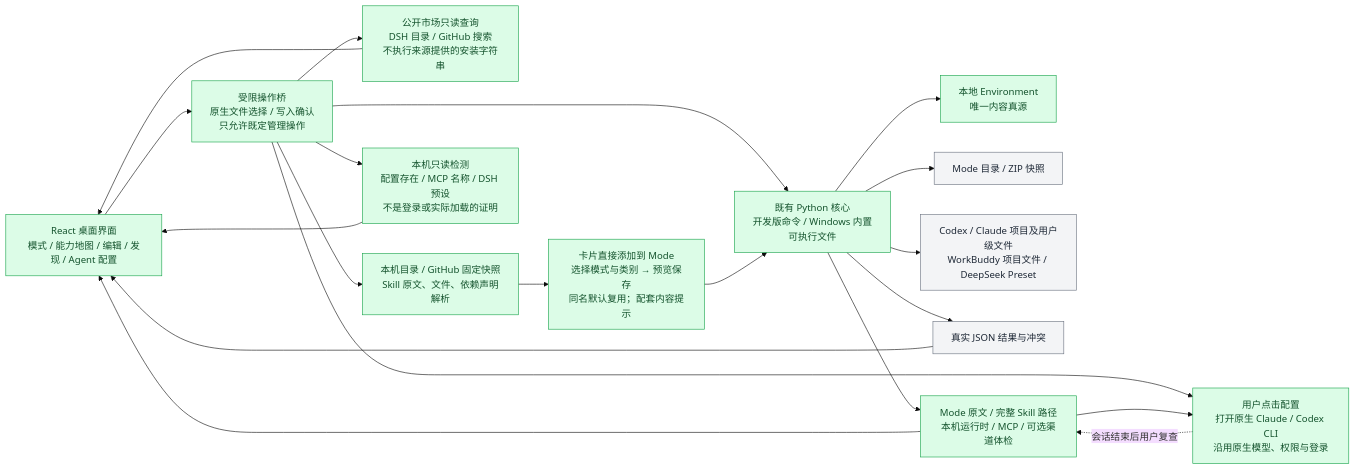
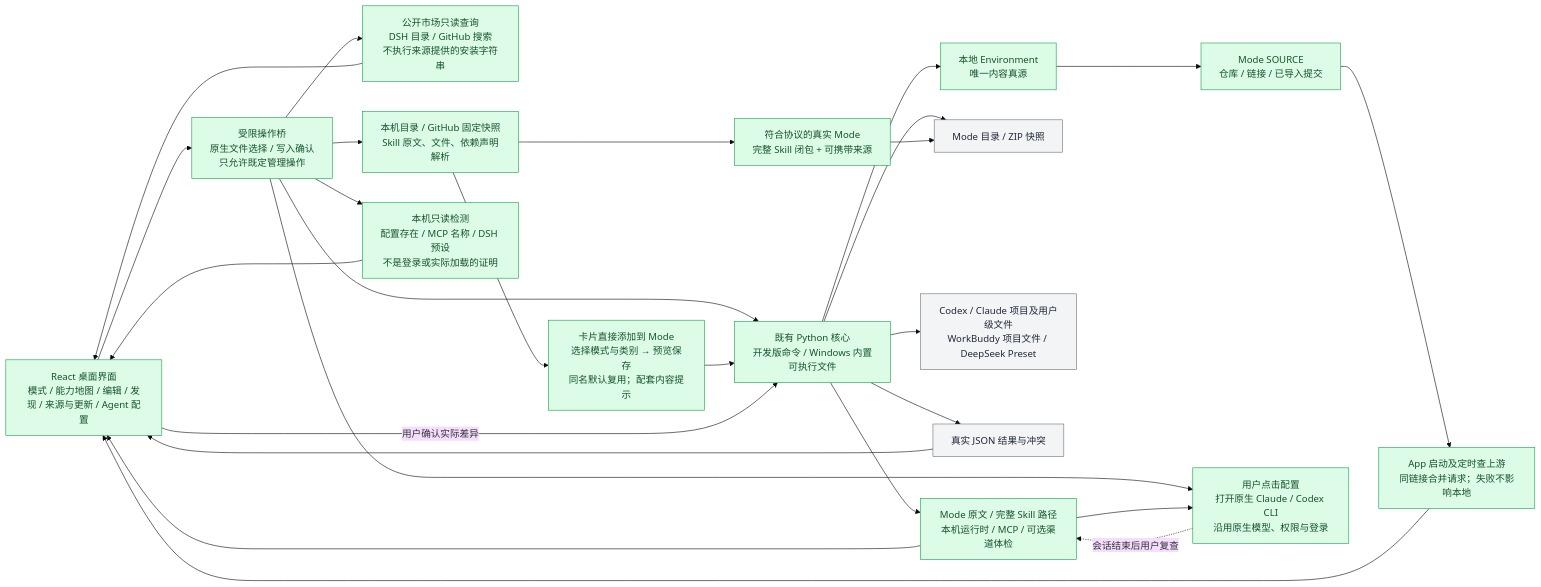
The seventh of 20 diagrams in docs/asl-architecture-views.md (qihangzhang-272/asl-harness), drawn with Mermaid (base theme) before and after one commit. The commit also changed other lines of this file and 11 other files, not shown here.

````diff
--- a/docs/asl-architecture-views.md
+++ b/docs/asl-architecture-views.md
@@ -610,26 +624,32 @@
 ```mermaid
 flowchart LR
-    UI["React 桌面界面<br/>模式 / 能力地图 / 编辑 / 发现 / Agent 配置"] --> IPC["受限操作桥<br/>原生文件选择 / 写入确认<br/>只允许既定管理操作"]
+    UI["React 桌面界面<br/>模式 / 能力地图 / 编辑 / 发现 / 来源与更新 / Agent 配置"] --> IPC["受限操作桥<br/>原生文件选择 / 写入确认<br/>只允许既定管理操作"]
     IPC --> CORE["既有 Python 核心<br/>开发版命令 / Windows 内置可执行文件"]
     CORE --> ENV["本地 Environment<br/>唯一内容真源"]
     CORE --> PACK["Mode 目录 / ZIP 快照"]
     CORE --> HOST["Codex / Claude 项目及用户级文件<br/>WorkBuddy 项目文件 / DeepSeek Preset"]
     CORE --> RESULT["真实 JSON 结果与冲突"]
     IPC --> MARKET["公开市场只读查询<br/>DSH 目录 / GitHub 搜索<br/>不执行来源提供的安装字符串"]
     IPC --> SCAN["本机目录 / GitHub 固定快照<br/>Skill 原文、文件、依赖声明解析"]
     SCAN --> CHOICE["卡片直接添加到 Mode<br/>选择模式与类别 → 预览保存<br/>同名默认复用；配套内容提示"]
     CHOICE --> CORE
+    SCAN --> REMOTE["符合协议的真实 Mode<br/>完整 Skill 闭包 + 可携带来源"]
+    REMOTE --> PACK
+    ENV --> ORIGIN["Mode SOURCE<br/>仓库 / 链接 / 已导入提交"]
+    ORIGIN --> POLL["App 启动及定时查上游<br/>同链接合并请求；失败不影响本地"]
+    POLL --> UI
+    UI -->|用户确认实际差异| CORE
     IPC --> NATIVE["本机只读检测<br/>配置存在 / MCP 名称 / DSH 预设<br/>不是登录或实际加载的证明"]
     CORE --> CHECK["Mode 原文 / 完整 Skill 路径<br/>本机运行时 / MCP / 可选渠道体检"]
     IPC --> ASSIST["用户点击配置<br/>打开原生 Claude / Codex CLI<br/>沿用原生模型、权限与登录"]
     CHECK --> ASSIST
     ASSIST -.会话结束后用户复查.-> CHECK
     CHECK --> UI
     MARKET --> UI
     NATIVE --> UI
     RESULT --> UI
     classDef done fill:#dcfce7,stroke:#16a34a,color:#14532d;
     classDef generated fill:#f3f4f6,stroke:#6b7280,color:#1f2937;
-    class UI,IPC,CORE,ENV,MARKET,SCAN,CHOICE,NATIVE,CHECK,ASSIST done;
+    class UI,IPC,CORE,ENV,MARKET,SCAN,CHOICE,NATIVE,CHECK,ASSIST,REMOTE,ORIGIN,POLL done;
     class PACK,HOST,RESULT generated;
 ```
````
